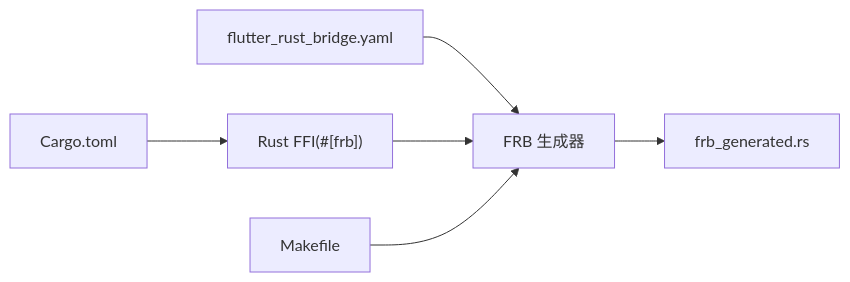
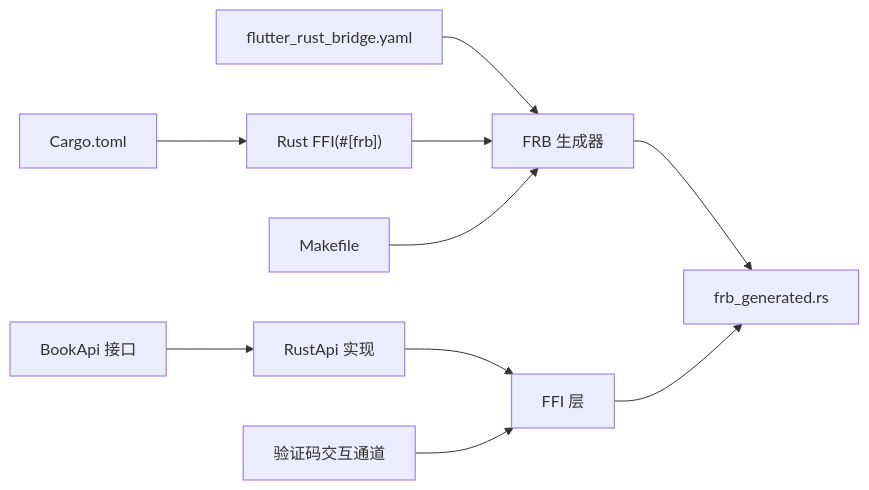
The fifth of 5 diagrams in .qoder/repowiki/zh/content/Flutter跨平台应用/FFI集成/Flutter Rust Bridge工具.md (ZhangGHGitHub/LegadoTeamFlutter), drawn with Mermaid before and after one commit. The commit also changed other lines of this file and 173 other files, not shown here.

````diff
--- a/.qoder/repowiki/zh/content/Flutter跨平台应用/FFI集成/Flutter Rust Bridge工具.md
+++ b/.qoder/repowiki/zh/content/Flutter跨平台应用/FFI集成/Flutter Rust Bridge工具.md
@@ -242,8 +446,12 @@
 ```mermaid
 graph LR
 A["flutter_rust_bridge.yaml"] --> B["FRB 生成器"]
 B --> C["frb_generated.rs"]
 D["Rust FFI(#[frb])"] --> B
 E["Cargo.toml"] --> D
 F["Makefile"] --> B
+G["BookApi 接口"] --> H["RustApi 实现"]
+H --> I["FFI 层"]
+I --> C
+J["验证码交互通道"] --> I
 ```
````
